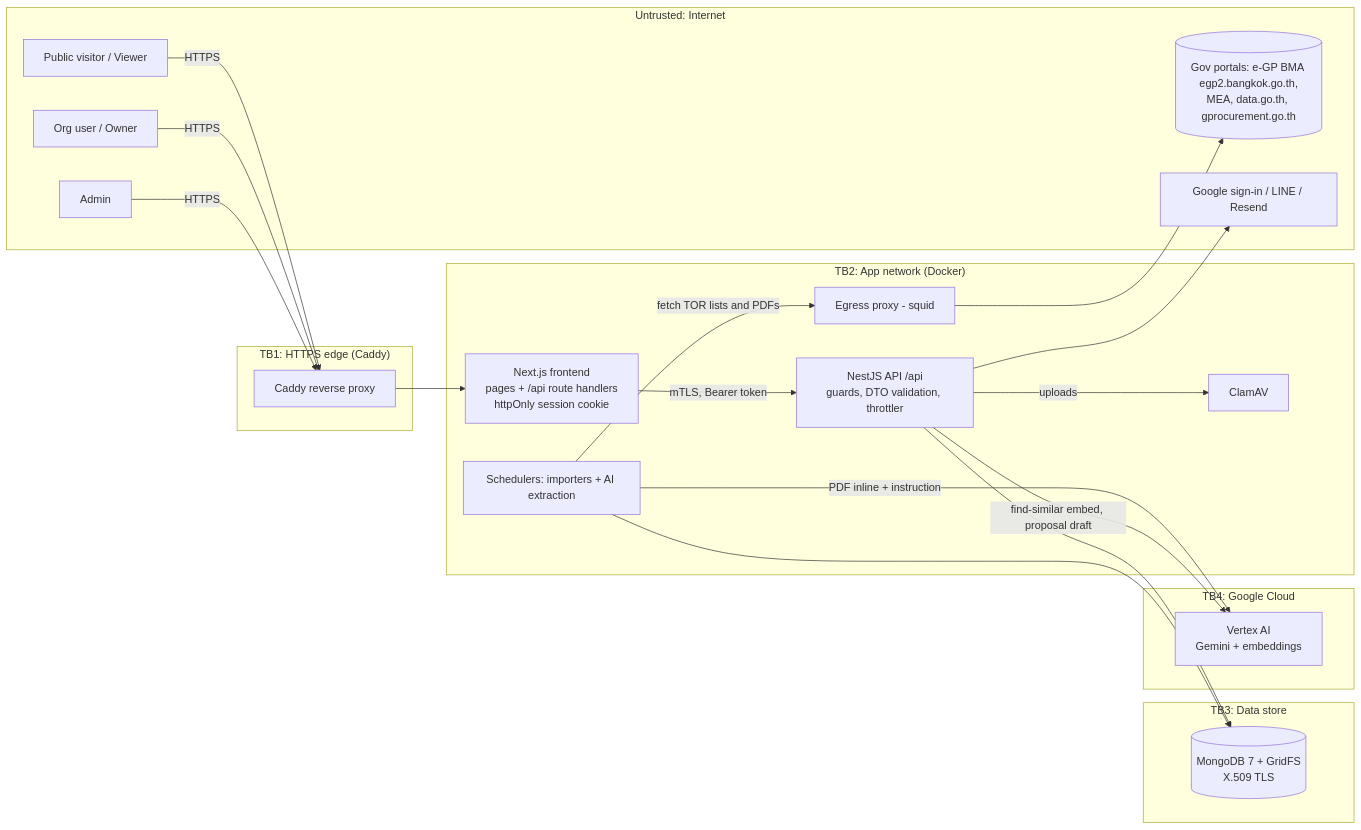
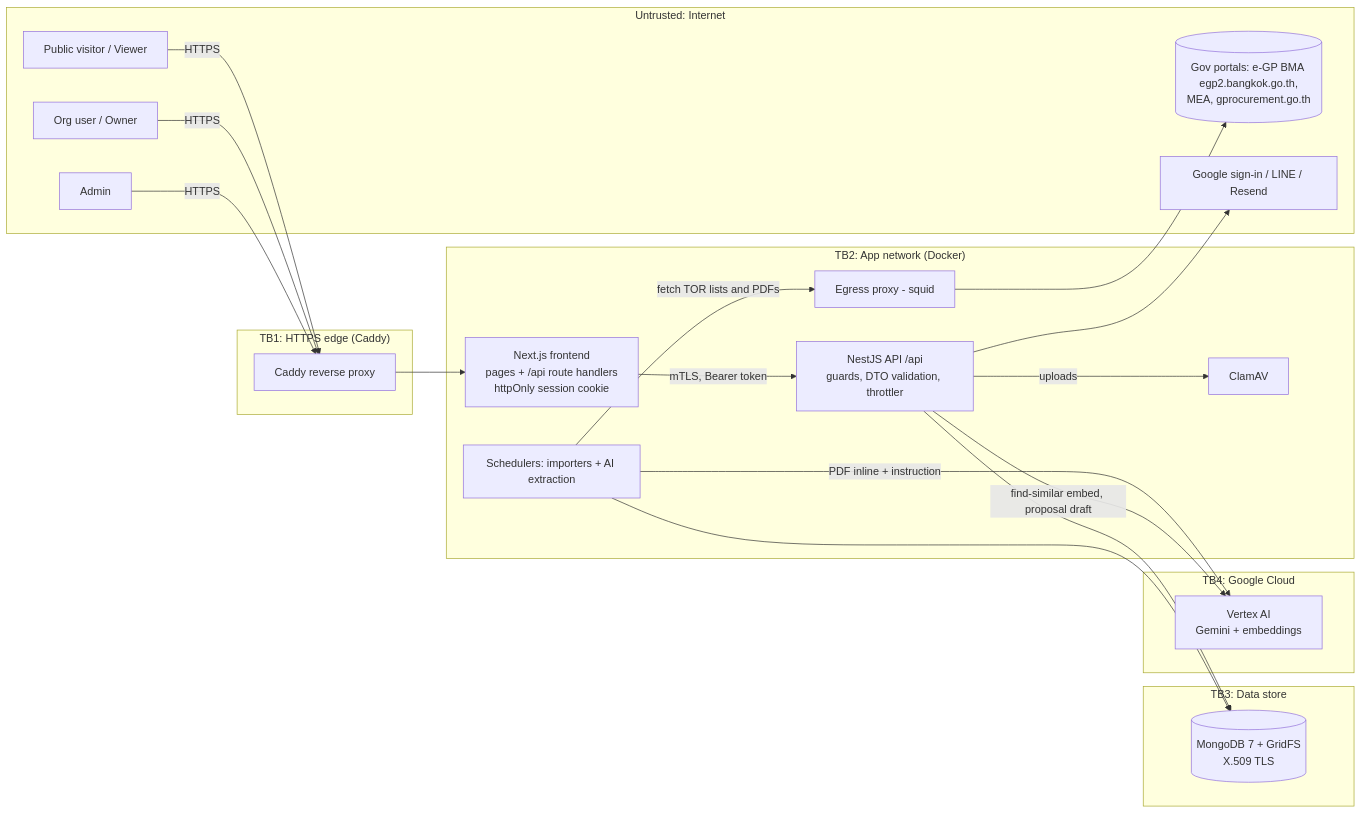
One commit to PhomMaiWai/TorFinder changed the diagram in docs/SECURITY.md. Above: the diagram before and after it, drawn with Mermaid. The commit also changed other lines of this file and 40 other files, not shown here.

````diff
--- a/docs/SECURITY.md
+++ b/docs/SECURITY.md
@@ -208,35 +207,35 @@
 ```mermaid
 flowchart LR
   subgraph Internet["Untrusted: Internet"]
     U[Public visitor / Viewer]
     O[Org user / Owner]
     A[Admin]
-    P[(Gov portals: e-GP BMA egp2.bangkok.go.th,<br/>MEA, data.go.th, gprocurement.go.th)]
+    P[(Gov portals: e-GP BMA egp2.bangkok.go.th,<br/>MEA, gprocurement.go.th)]
     G[Google sign-in / LINE / Resend]
   end
   subgraph Edge["TB1: HTTPS edge (Caddy)"]
     C[Caddy reverse proxy]
   end
   subgraph App["TB2: App network (Docker)"]
     F[Next.js frontend<br/>pages + /api route handlers<br/>httpOnly session cookie]
     B[NestJS API /api<br/>guards, DTO validation, throttler]
     S[Schedulers: importers + AI extraction]
     AV[ClamAV]
     EG[Egress proxy - squid]
   end
   subgraph Data["TB3: Data store"]
     M[(MongoDB 7 + GridFS<br/>X.509 TLS)]
   end
   subgraph GCP["TB4: Google Cloud"]
     V[Vertex AI<br/>Gemini + embeddings]
   end
   U & O & A -->|HTTPS| C --> F
   F -->|mTLS, Bearer token| B
   B --> M
   S --> M
   B -->|uploads| AV
   S -->|fetch TOR lists and PDFs| EG --> P
   S -->|PDF inline + instruction| V
   B -->|find-similar embed, proposal draft| V
   B --> G
 ```
````
